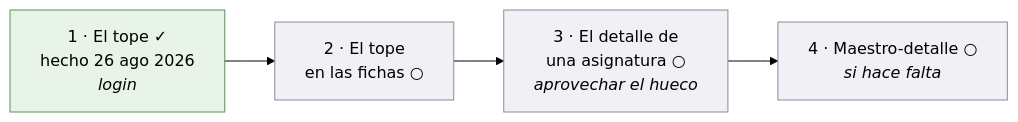
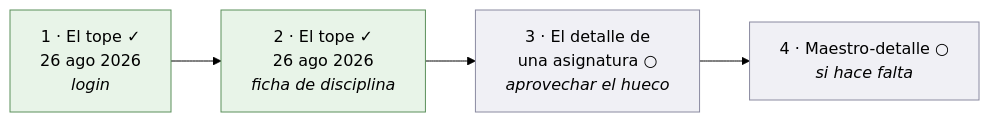
The second of 2 diagrams in docs/tablets.md (bluesky777/myvc_flutter), drawn with Mermaid (forest theme) before and after one commit. The commit also changed other lines of this file and 5 other files, not shown here.

First line of the commit message:
feat(tablets): el tope de la ficha de disciplina, y un Wrap que no era

````diff
--- a/docs/tablets.md
+++ b/docs/tablets.md
@@ -61,11 +61,11 @@
 ```mermaid
 flowchart LR
-    F1["1 · El tope ✓<br/>hecho 26 ago 2026<br/><i>login</i>"] --> F2["2 · El tope<br/>en las fichas ○"]
+    F1["1 · El tope ✓<br/>26 ago 2026<br/><i>login</i>"] --> F2["2 · El tope ✓<br/>26 ago 2026<br/><i>ficha de disciplina</i>"]
     F2 --> F3["3 · El detalle de<br/>una asignatura ○<br/><i>aprovechar el hueco</i>"]
     F3 --> F4["4 · Maestro-detalle ○<br/><i>si hace falta</i>"]
 
     style F1 fill:#e8f4e8,stroke:#5a8f5a
-    style F2 fill:#f0f0f5,stroke:#8a8aa0
+    style F2 fill:#e8f4e8,stroke:#5a8f5a
     style F3 fill:#f0f0f5,stroke:#8a8aa0
     style F4 fill:#f0f0f5,stroke:#8a8aa0
 ```
````
